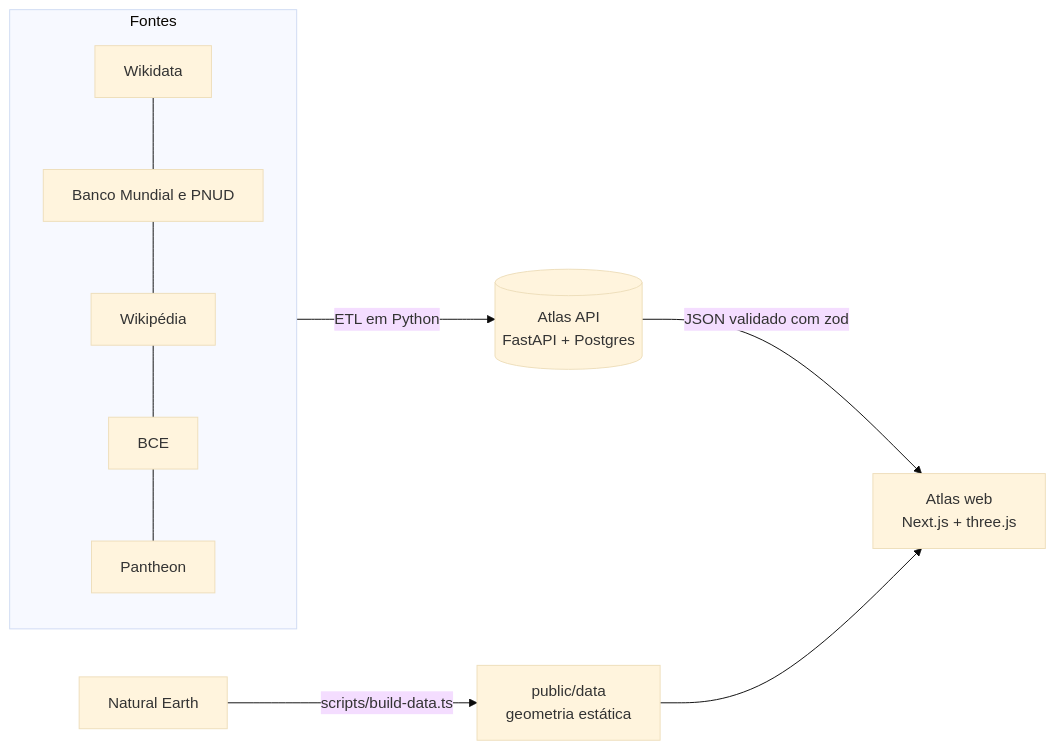
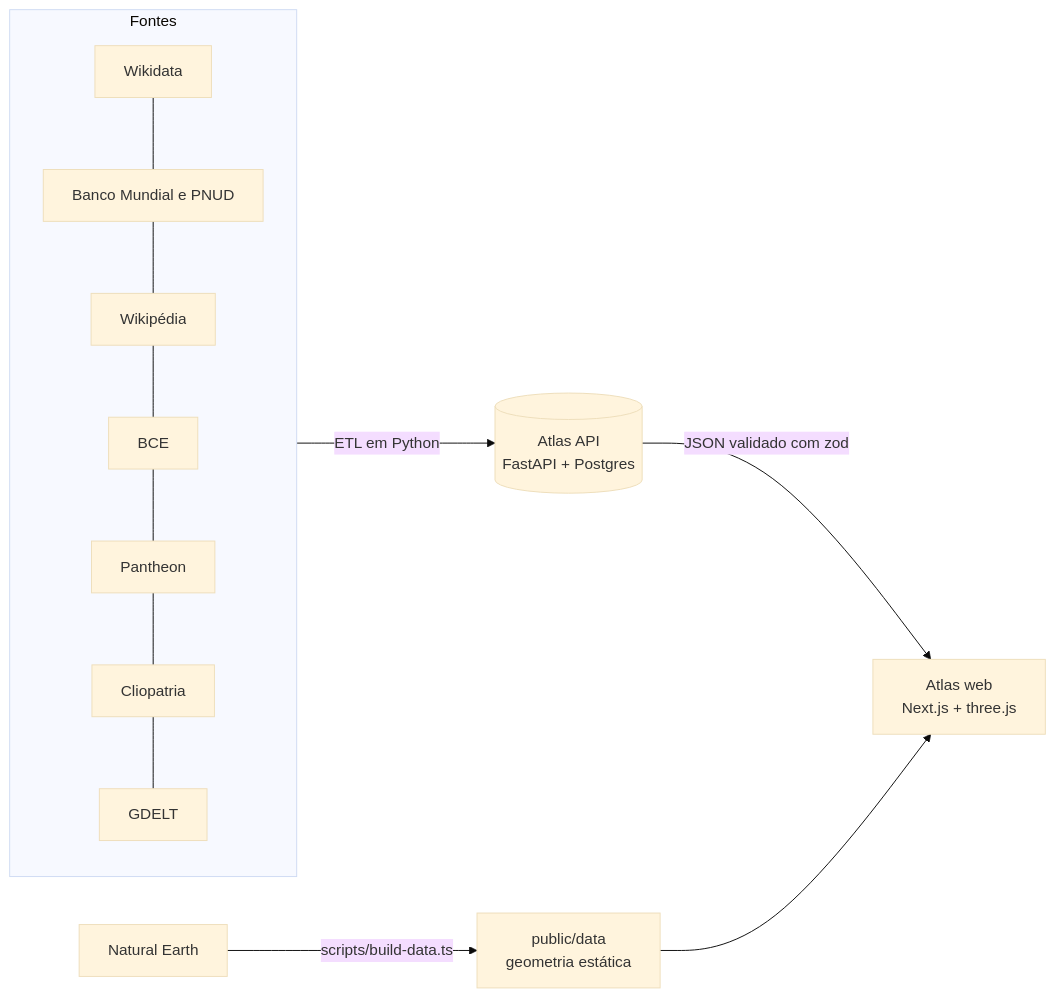
Before and after one commit to DaviAlcanfor/atlas-web: the diagram in README.md, drawn with Mermaid (base theme). The commit also changed other lines of this file and 14 other files, not shown here.

````diff
--- a/README.md
+++ b/README.md
@@ -30,10 +34,10 @@
 ```mermaid
 flowchart LR
   subgraph Fontes
-    WD[Wikidata] --- WB[Banco Mundial e PNUD] --- WP[Wikipédia] --- ECB[BCE] --- PT[Pantheon]
+    WD[Wikidata] --- WB[Banco Mundial e PNUD] --- WP[Wikipédia] --- ECB[BCE] --- PT[Pantheon] --- CL[Cliopatria] --- GD[GDELT]
   end
   Fontes -->|ETL em Python| API[(Atlas API<br/>FastAPI + Postgres)]
   NE[Natural Earth] -->|scripts/build-data.ts| GEO[public/data<br/>geometria estática]
   API -->|JSON validado com zod| WEB[Atlas web<br/>Next.js + three.js]
   GEO --> WEB
 ```
````
